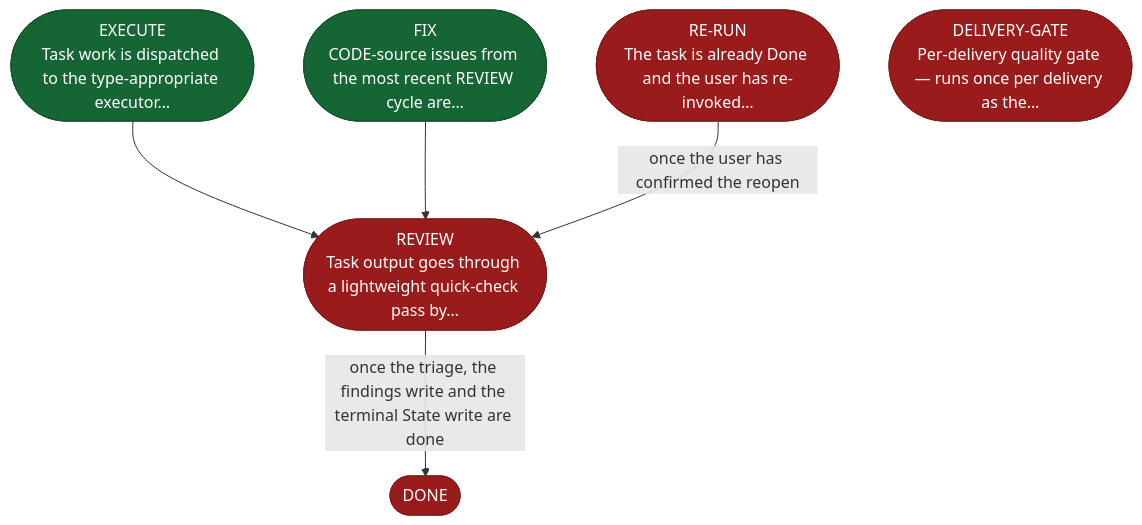
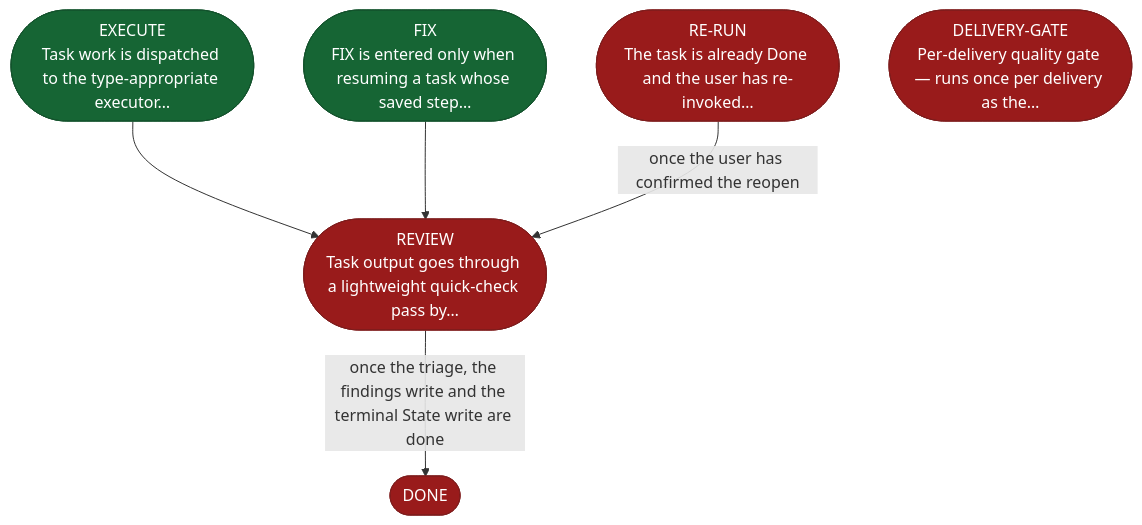
The diagram in site/src/content/docs/skills/aid-execute.md (AndreVianna/aid-methodology), drawn with Mermaid before and after one commit. The commit also changed other lines of this file and 8 other files, not shown here.

````diff
--- a/site/src/content/docs/skills/aid-execute.md
+++ b/site/src/content/docs/skills/aid-execute.md
@@ -20,31 +20,31 @@
 ```mermaid
 flowchart TB
   classDef aidNode color:#fff
   classDef aidEntry fill:#166534,stroke:#14532d,color:#fff
   classDef aidExit fill:#991b1b,stroke:#7f1d1d,color:#fff
   classDef aidDecision fill:#92400e,stroke:#78350f,color:#fff
   classDef aidLoopBack fill:#1e3a8a,stroke:#1e3a8a,color:#fff
   classDef aidStep fill:#1a2035,stroke:#d4a853,color:#f1f5f9
   n1(["EXECUTE<br/>Task work is dispatched to the type-appropriate executor…"])
   n2(["REVIEW<br/>Task output goes through a lightweight quick-check pass by…"])
-  n3(["FIX<br/>CODE-source issues from the most recent REVIEW cycle are…"])
+  n3(["FIX<br/>FIX is entered only when resuming a task whose saved step…"])
   n4(["DONE"])
   n5(["RE-RUN<br/>The task is already Done and the user has re-invoked…"])
   n6(["DELIVERY-GATE<br/>Per-delivery quality gate — runs once per delivery as the…"])
   n1 --> n2
   n2 -->|"once the triage, the findings write and the terminal State write are done"| n4
   n3 --> n2
   n5 -->|"once the user has confirmed the reopen"| n2
   class n1 aidEntry
   class n2 aidExit
   class n3 aidEntry
   class n4 aidExit
   class n5 aidExit
   class n6 aidExit
   class n1 aidNode
   class n2 aidNode
   class n3 aidNode
   class n4 aidNode
   class n5 aidNode
   class n6 aidNode
 ```
````
